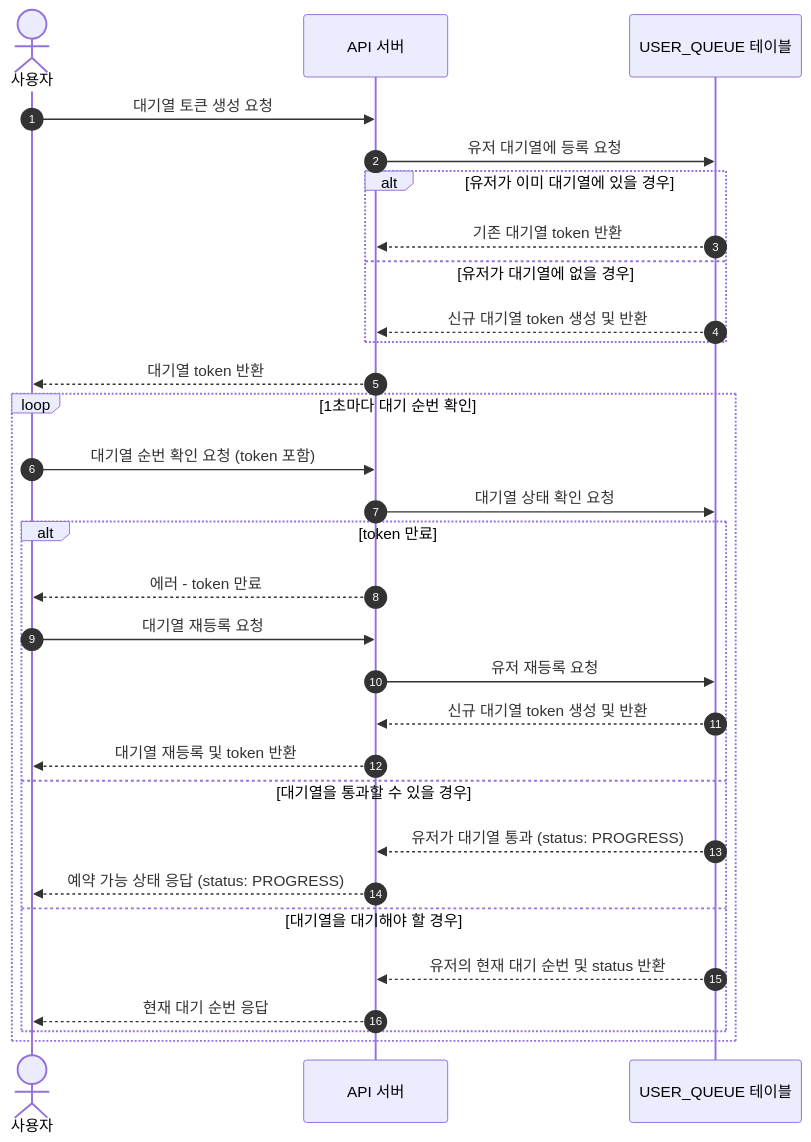
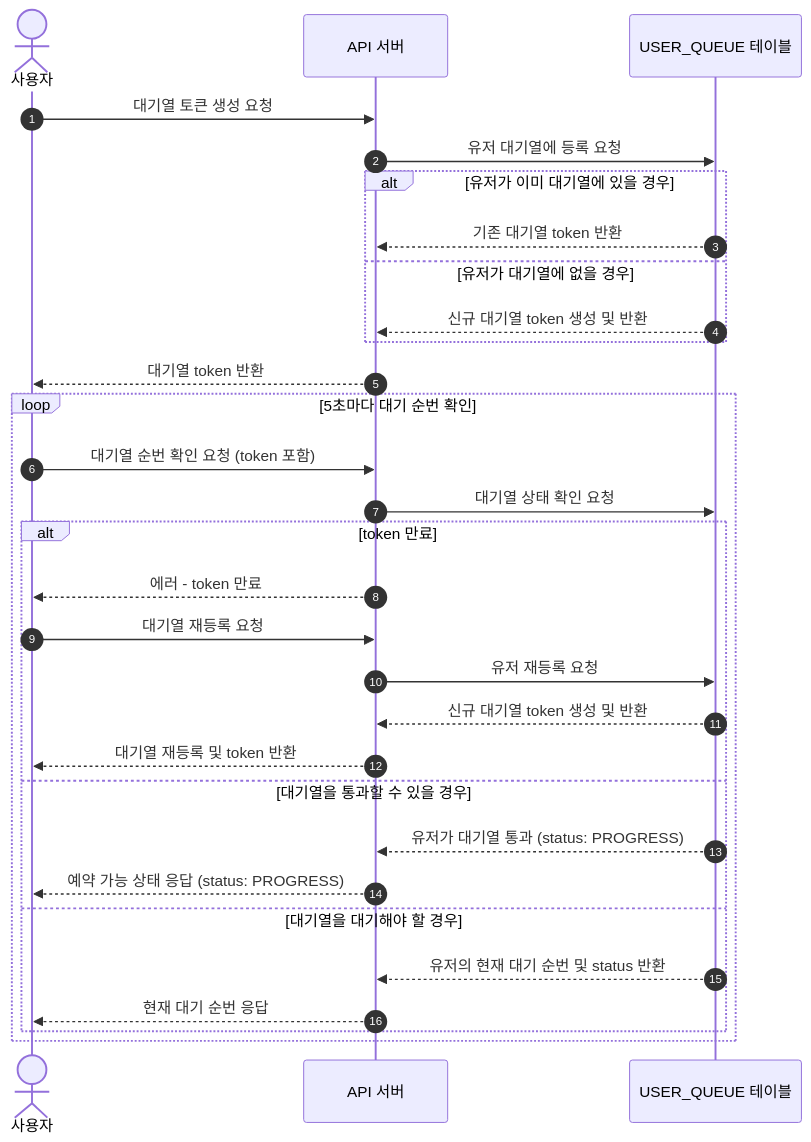
One commit to Cheondongmin/concert-java changed the first of 7 diagrams in docs/sequence.md. Above: the diagram before and after it, drawn with Mermaid. The commit also changed other lines of this file, not shown here.

````diff
--- a/docs/sequence.md
+++ b/docs/sequence.md
@@ -4,33 +4,33 @@
 ```mermaid
 sequenceDiagram
     autonumber
     actor 사용자 as 사용자
     participant API as API 서버
     participant USER_QUEUE as USER_QUEUE 테이블
     사용자 ->> API: 대기열 토큰 생성 요청
     API ->> USER_QUEUE: 유저 대기열에 등록 요청
     alt 유저가 이미 대기열에 있을 경우
         USER_QUEUE -->> API: 기존 대기열 token 반환
     else 유저가 대기열에 없을 경우
         USER_QUEUE -->> API: 신규 대기열 token 생성 및 반환
     end
     API -->> 사용자: 대기열 token 반환
 
-    loop 1초마다 대기 순번 확인
+    loop 5초마다 대기 순번 확인
         사용자 ->> API: 대기열 순번 확인 요청 (token 포함)
         API ->> USER_QUEUE: 대기열 상태 확인 요청
         alt token 만료
             API -->> 사용자: 에러 - token 만료
             사용자 ->> API: 대기열 재등록 요청
             API ->> USER_QUEUE: 유저 재등록 요청
             USER_QUEUE -->> API: 신규 대기열 token 생성 및 반환
             API -->> 사용자: 대기열 재등록 및 token 반환
         else 대기열을 통과할 수 있을 경우
             USER_QUEUE -->> API: 유저가 대기열 통과 (status: PROGRESS)
             API -->> 사용자: 예약 가능 상태 응답 (status: PROGRESS)
         else 대기열을 대기해야 할 경우
             USER_QUEUE -->> API: 유저의 현재 대기 순번 및 status 반환
             API -->> 사용자: 현재 대기 순번 응답
         end
     end
 ```
````
